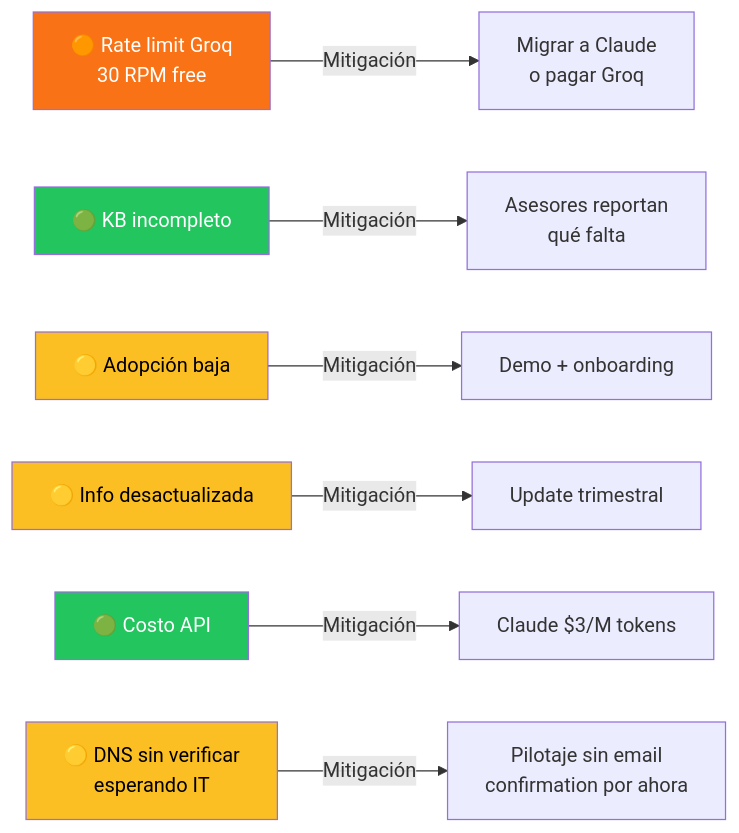
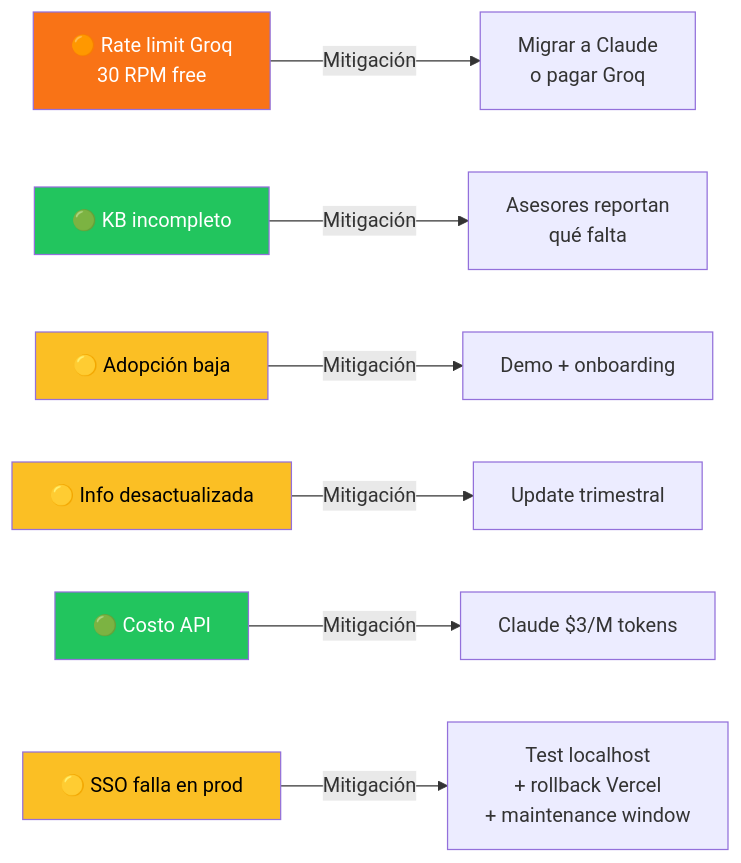
One commit to JnSbstnRivera/WINDMAR-AI-AGENT changed diagram 14 of 14 in ROADMAP.md. Above: the diagram before and after it, drawn with Mermaid. The commit also changed other lines of this file and 48 other files, not shown here.

````diff
--- a/ROADMAP.md
+++ b/ROADMAP.md
@@ -314,16 +348,16 @@
 ```mermaid
 flowchart LR
     R1[🟠 Rate limit Groq<br/>30 RPM free] -->|Mitigación| M1[Migrar a Claude<br/>o pagar Groq]
     R2[🟢 KB incompleto] -->|Mitigación| M2[Asesores reportan<br/>qué falta]
     R3[🟡 Adopción baja] -->|Mitigación| M3[Demo + onboarding]
     R4[🟡 Info desactualizada] -->|Mitigación| M4[Update trimestral]
     R5[🟢 Costo API] -->|Mitigación| M5[Claude $3/M tokens]
-    R6[🟡 DNS sin verificar<br/>esperando IT] -->|Mitigación| M6[Pilotaje sin email<br/>confirmation por ahora]
+    R6[🟡 SSO falla en prod] -->|Mitigación| M6[Test localhost<br/>+ rollback Vercel<br/>+ maintenance window]
 
     style R1 fill:#f97316,color:#fff
     style R2 fill:#22c55e,color:#fff
     style R3 fill:#fbbf24,color:#000
     style R4 fill:#fbbf24,color:#000
     style R5 fill:#22c55e,color:#fff
     style R6 fill:#fbbf24,color:#000
 ```
````
